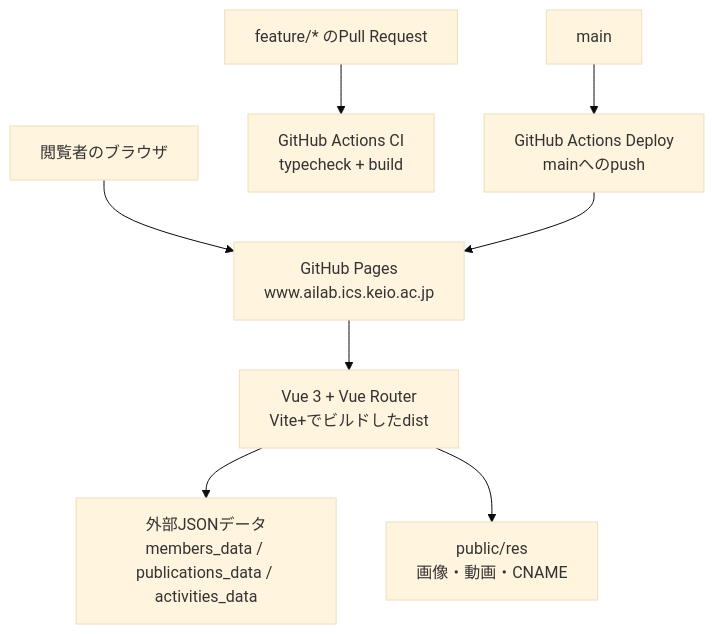
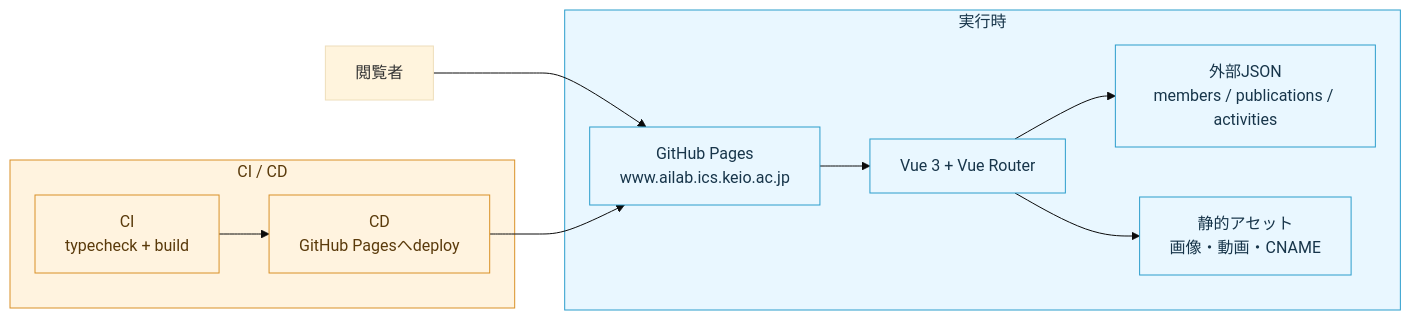
One commit to imai-laboratory/imai-laboratory.github.io changed the diagram in README.md. Above: the diagram before and after it, drawn with Mermaid (base theme). The commit also changed other lines of this file, not shown here.

Commit message:
Simplify README architecture overview

````diff
--- a/README.md
+++ b/README.md
@@ -22,19 +19,28 @@
 ```mermaid
-flowchart TD
-    visitor[閲覧者のブラウザ]
-    pages[GitHub Pages<br/>www.ailab.ics.keio.ac.jp]
-    app[Vue 3 + Vue Router<br/>Vite+でビルドしたdist]
-    data[外部JSONデータ<br/>members_data / publications_data / activities_data]
-    assets[public/res<br/>画像・動画・CNAME]
-    pr[feature/* のPull Request]
-    ci[GitHub Actions CI<br/>typecheck + build]
-    deploy[GitHub Actions Deploy<br/>mainへのpush]
+flowchart LR
+    visitor[閲覧者]
+
+    subgraph runtime[実行時]
+        pages[GitHub Pages<br/>www.ailab.ics.keio.ac.jp]
+        app[Vue 3 + Vue Router]
+        sources[外部JSON<br/>members / publications / activities]
+        assets[静的アセット<br/>画像・動画・CNAME]
+        pages --> app
+        app --> sources
+        app --> assets
+    end
+
+    subgraph delivery[CI / CD]
+        ci[CI<br/>typecheck + build]
+        cd[CD<br/>GitHub Pagesへdeploy]
+        ci --> cd
+    end
 
     visitor --> pages
-    pages --> app
-    app --> data
-    app --> assets
-    pr --> ci
-    main[main] --> deploy
-    deploy --> pages
+    cd --> pages
+
+    classDef runtimeStyle fill:#e9f7ff,stroke:#2b9dcc,color:#17354a
+    classDef deliveryStyle fill:#fff3df,stroke:#d99027,color:#5a3a0b
+    class runtime,pages,app,sources,assets runtimeStyle
+    class delivery,ci,cd deliveryStyle
 ```
````
